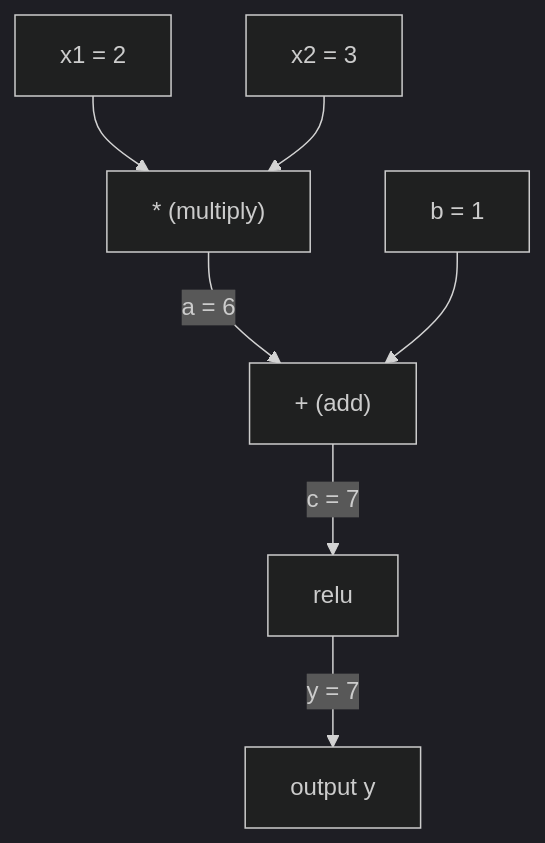
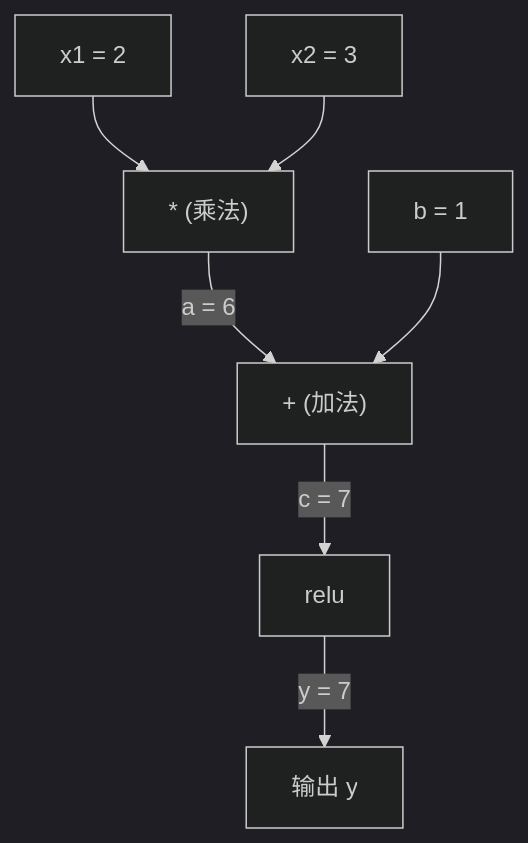
Before and after one commit to alessandrodinisio-ai/ai-engineering-learning-framework: the first of 2 diagrams in phases/01-math-foundations/05-chain-rule-and-autodiff/docs/zh.md, drawn with Mermaid (dark theme). The commit also changed 120 other files, not shown here.

First line of the commit message:
i18n(mermaid): 337 个 mermaid 图表标签中文化

````diff
--- a/phases/01-math-foundations/05-chain-rule-and-autodiff/docs/zh.md
+++ b/phases/01-math-foundations/05-chain-rule-and-autodiff/docs/zh.md
@@ -64,9 +64,9 @@
 ```mermaid
 graph TD
-    x1["x1 = 2"] --> mul["* (multiply)"]
+    x1["x1 = 2"] --> mul["* (乘法)"]
     x2["x2 = 3"] --> mul
-    mul -->|"a = 6"| add["+ (add)"]
+    mul -->|"a = 6"| add["+ (加法)"]
     b["b = 1"] --> add
     add -->|"c = 7"| relu["relu"]
-    relu -->|"y = 7"| y["output y"]
+    relu -->|"y = 7"| y["输出 y"]
 ```
````
